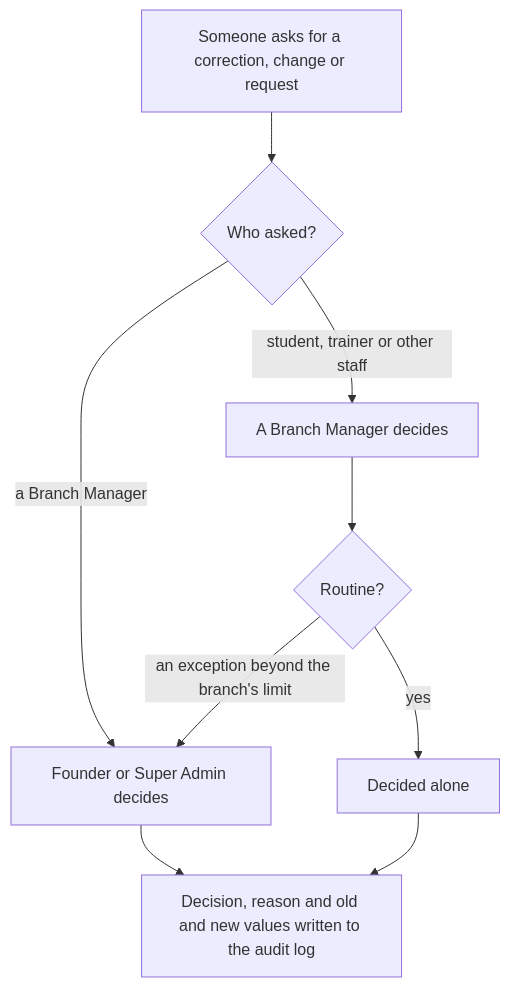
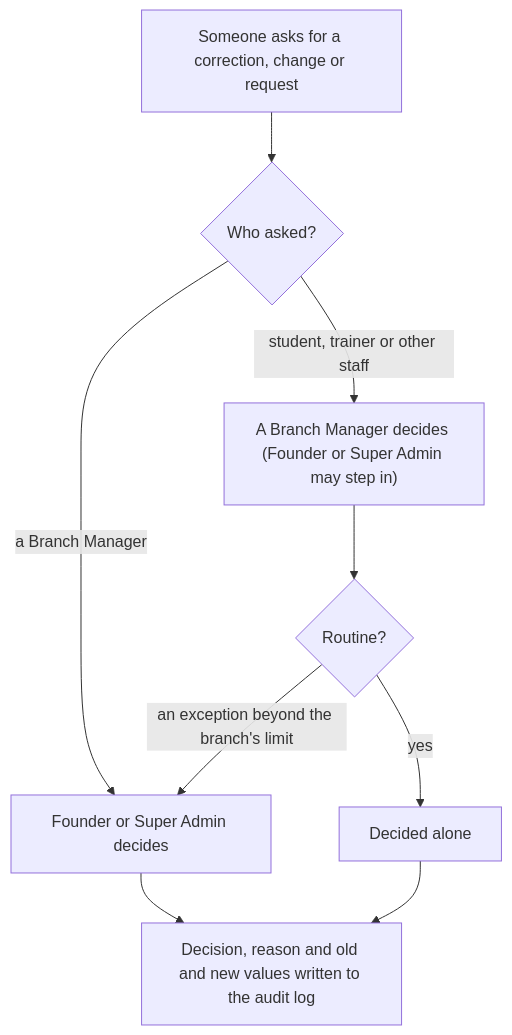
Before and after one commit to misterpk-18/nipunalms: diagram 17 of 17 in docs/PRODUCT_GUIDE.md, drawn with Mermaid. The commit also changed other lines of this file and 55 other files, not shown here.

````diff
--- a/docs/PRODUCT_GUIDE.md
+++ b/docs/PRODUCT_GUIDE.md
@@ -332,11 +335,11 @@
 ```mermaid
 flowchart TD
     A["Someone asks for a correction, change or request"] --> B{"Who asked?"}
-    B -->|"student, trainer or other staff"| C["A Branch Manager decides"]
+    B -->|"student, trainer or other staff"| C["A Branch Manager decides (Founder or Super Admin may step in)"]
     B -->|"a Branch Manager"| D["Founder or Super Admin decides"]
     C --> E{"Routine?"}
     E -->|"yes"| F["Decided alone"]
     E -->|"an exception beyond the branch's limit"| D
     D --> G["Decision, reason and old and new values written to the audit log"]
     F --> G
 ```
````
